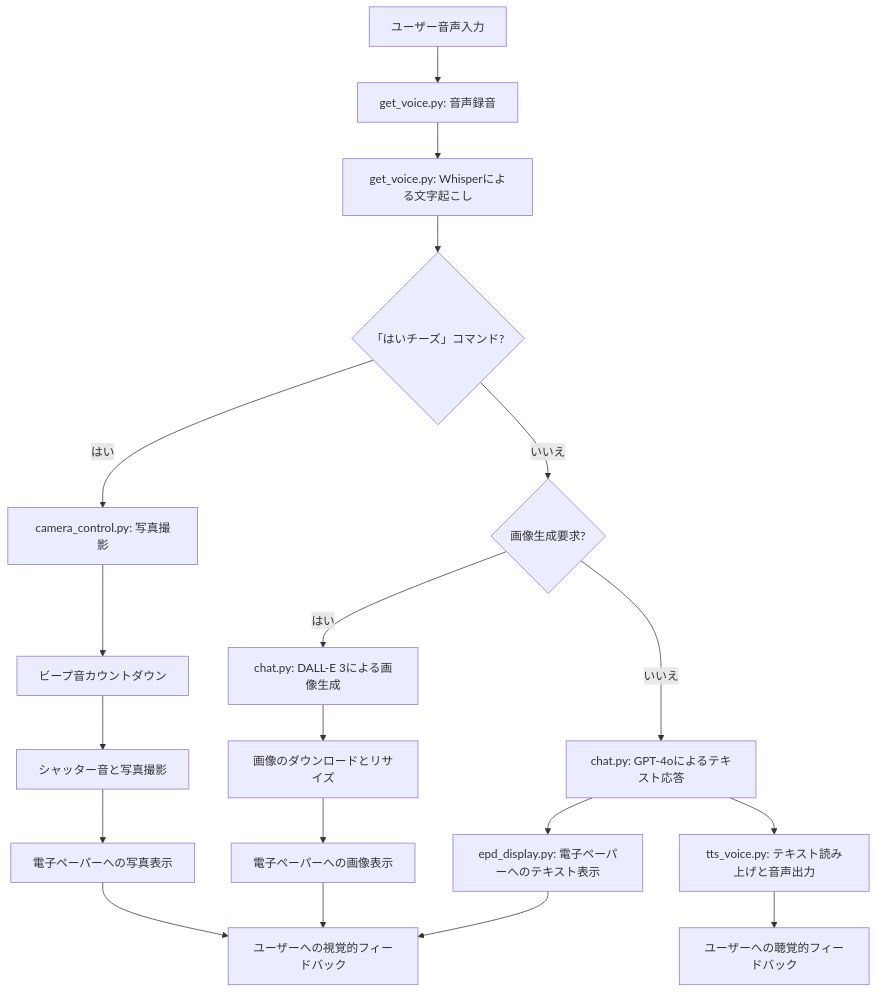
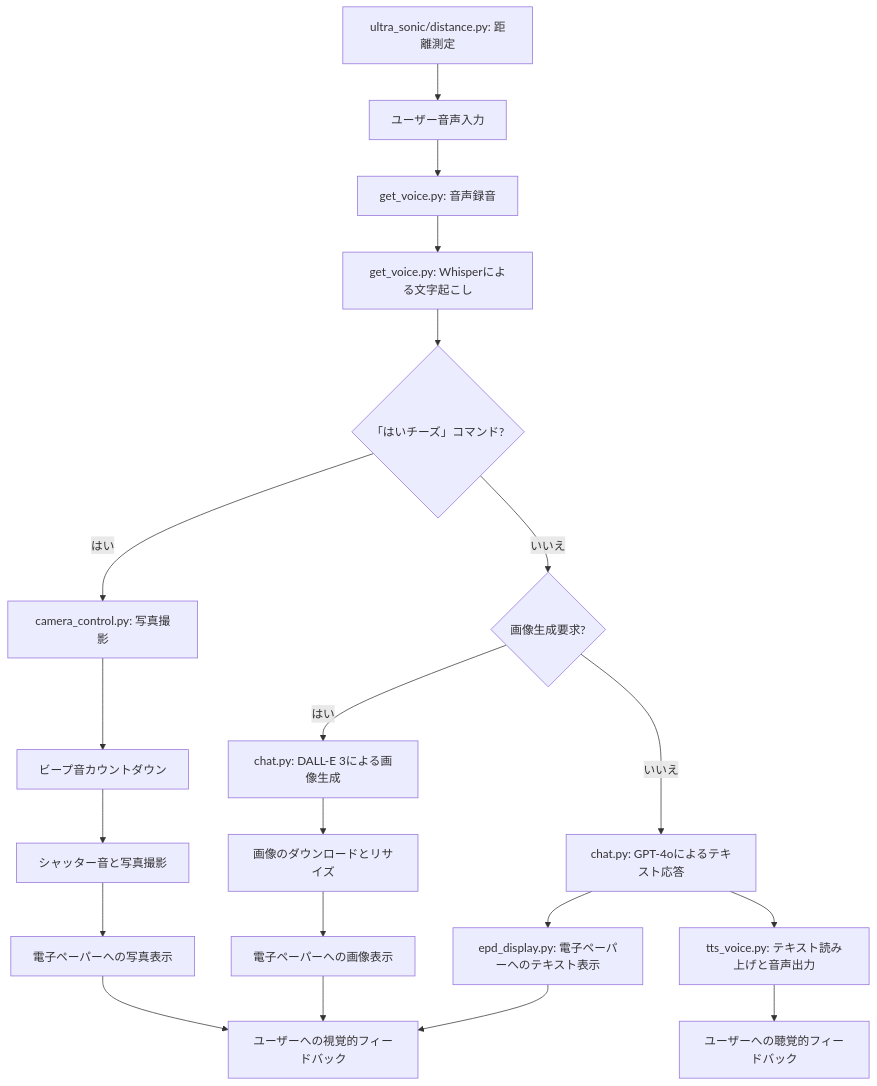
One commit to ym-dskr/auto_speaker changed the diagram in README.md. Above: the diagram before and after it, drawn with Mermaid. The commit also changed other lines of this file and 4 other files, not shown here.

````diff
--- a/README.md
+++ b/README.md
@@ -97,21 +108,22 @@
 ```mermaid
 graph TD
     A[ユーザー音声入力] --> B[get_voice.py: 音声録音]
     B --> C[get_voice.py: Whisperによる文字起こし]
     C --> D1{「はいチーズ」コマンド?}
     D1 -->|はい| E1[camera_control.py: 写真撮影]
     E1 --> F1[ビープ音カウントダウン]
     F1 --> G1[シャッター音と写真撮影]
     G1 --> H1[電子ペーパーへの写真表示]
     D1 -->|いいえ| D2{画像生成要求?}
     D2 --> |はい| E2[chat.py: DALL-E 3による画像生成]
     D2 --> |いいえ| F2[chat.py: GPT-4oによるテキスト応答]
     E2 --> G2[画像のダウンロードとリサイズ]
     G2 --> H2[電子ペーパーへの画像表示]
     F2 --> I[epd_display.py: 電子ペーパーへのテキスト表示]
     F2 --> J[tts_voice.py: テキスト読み上げと音声出力]
     H1 --> K[ユーザーへの視覚的フィードバック]
     H2 --> K
     I --> K
     J --> L[ユーザーへの聴覚的フィードバック]
+    M[ultra_sonic/distance.py: 距離測定] --> A
 ```
````
